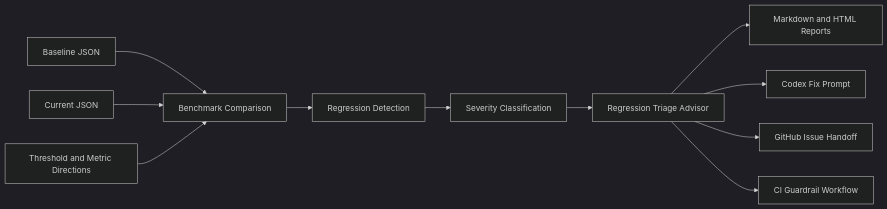
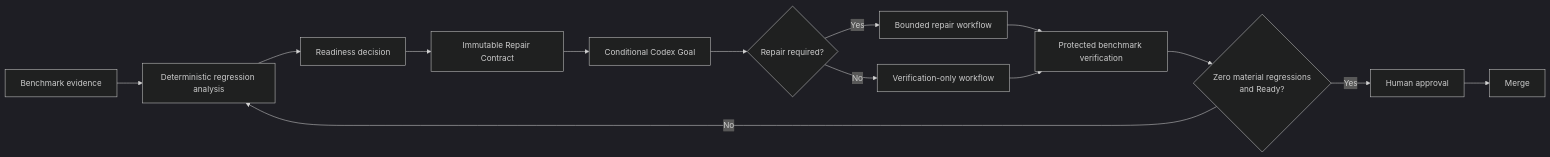
One commit to OmprakashSahani/codex-benchmark-guardian changed the first of 2 diagrams in README.md. Above: the diagram before and after it, drawn with Mermaid (dark theme). The commit also changed other lines of this file, not shown here.

````diff
--- a/README.md
+++ b/README.md
@@ -188,13 +97,16 @@
 ```mermaid
 flowchart LR
-    A[Baseline JSON] --> C[Benchmark Comparison]
-    B[Current JSON] --> C
-    D[Threshold and Metric Directions] --> C
-    C --> E[Regression Detection]
-    E --> F[Severity Classification]
-    F --> G[Regression Triage Advisor]
-    G --> H[Markdown and HTML Reports]
-    G --> I[Codex Fix Prompt]
-    G --> J[GitHub Issue Handoff]
-    G --> K[CI Guardrail Workflow]
+    A[Benchmark evidence] --> B[Deterministic regression analysis]
+    B --> C[Readiness decision]
+    C --> D[Immutable Repair Contract]
+    D --> E[Conditional Codex Goal]
+    E --> F{Repair required?}
+    F -->|Yes| G[Bounded repair workflow]
+    F -->|No| H[Verification-only workflow]
+    G --> I[Protected benchmark verification]
+    H --> I
+    I --> J{Zero material regressions<br/>and Ready?}
+    J -->|No| B
+    J -->|Yes| K[Human approval]
+    K --> L[Merge]
 ```
````
